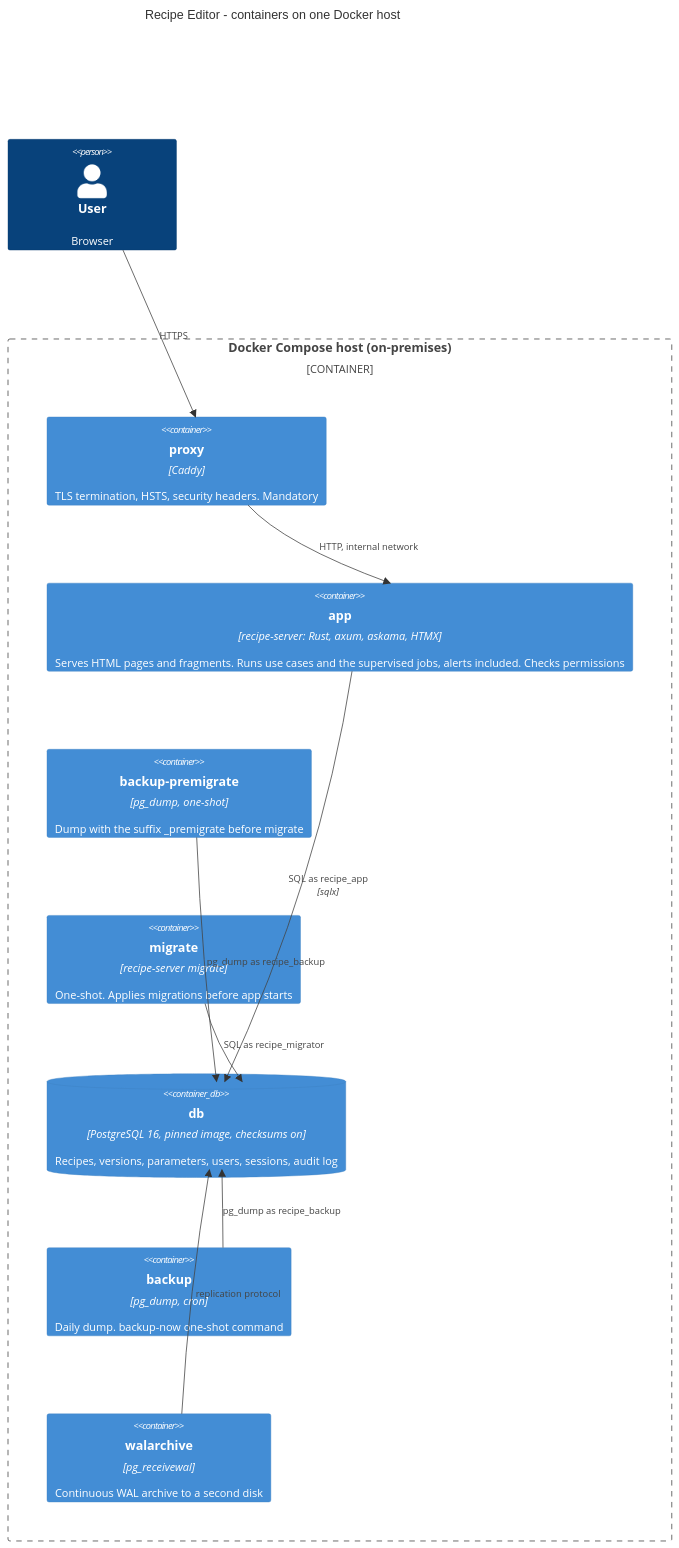
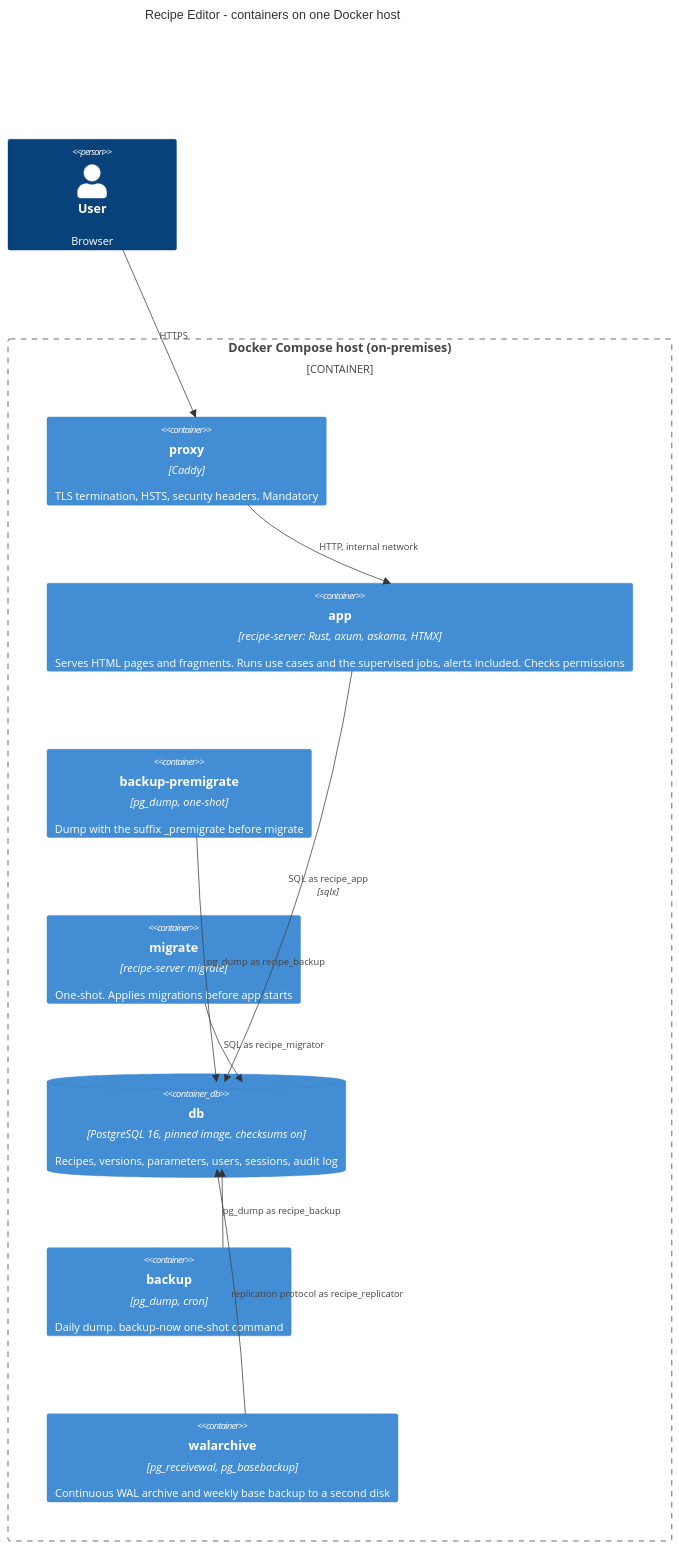
Before and after one commit to rtmachines/editor-web-cc: the second of 4 diagrams in docs/architecture/overview.md, drawn with Mermaid. The commit also changed other lines of this file and 16 other files, not shown here.

````diff
--- a/docs/architecture/overview.md
+++ b/docs/architecture/overview.md
@@ -33,21 +33,21 @@
 ```mermaid
 C4Container
     title Recipe Editor - containers on one Docker host
     Person(user, "User", "Browser")
     Container_Boundary(host, "Docker Compose host (on-premises)") {
         Container(proxy, "proxy", "Caddy", "TLS termination, HSTS, security headers. Mandatory")
         Container(web, "app", "recipe-server: Rust, axum, askama, HTMX", "Serves HTML pages and fragments. Runs use cases and the supervised jobs, alerts included. Checks permissions")
         Container(pre, "backup-premigrate", "pg_dump, one-shot", "Dump with the suffix _premigrate before migrate")
         Container(migrate, "migrate", "recipe-server migrate", "One-shot. Applies migrations before app starts")
         ContainerDb(db, "db", "PostgreSQL 16, pinned image, checksums on", "Recipes, versions, parameters, users, sessions, audit log")
         Container(bak, "backup", "pg_dump, cron", "Daily dump. backup-now one-shot command")
-        Container(wal, "walarchive", "pg_receivewal", "Continuous WAL archive to a second disk")
+        Container(wal, "walarchive", "pg_receivewal, pg_basebackup", "Continuous WAL archive and weekly base backup to a second disk")
     }
     Rel(user, proxy, "HTTPS")
     Rel(proxy, web, "HTTP, internal network")
     Rel(pre, db, "pg_dump as recipe_backup")
     Rel(migrate, db, "SQL as recipe_migrator")
     Rel(web, db, "SQL as recipe_app", "sqlx")
     Rel(bak, db, "pg_dump as recipe_backup")
-    Rel(wal, db, "replication protocol")
+    Rel(wal, db, "replication protocol as recipe_replicator")
 ```
````
